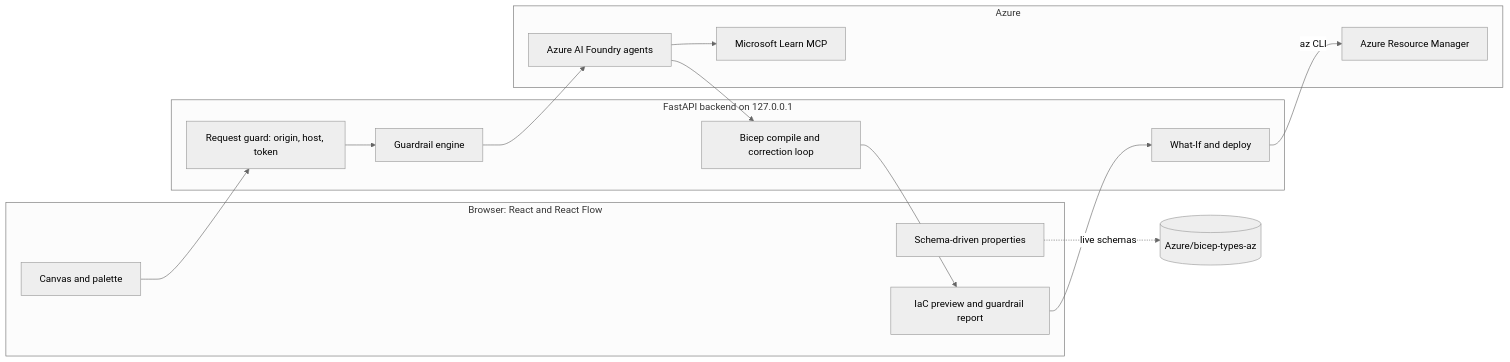
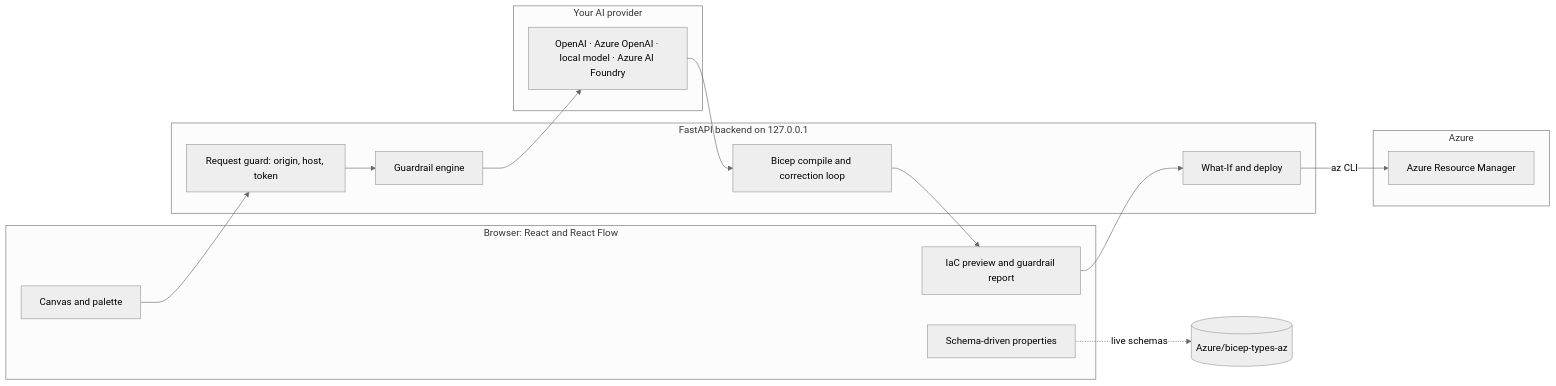
The diagram in README.md (mdmudassirahmed/liftoff), drawn with Mermaid (neutral theme) before and after one commit. The commit also changed other lines of this file and 21 other files, not shown here.

First line of the commit message:
Bring your own model: OpenAI, Azure OpenAI, local or Azure AI Foundry

````diff
--- a/README.md
+++ b/README.md
@@ -256,30 +252,31 @@
 ```mermaid
 flowchart LR
     subgraph Browser["Browser: React and React Flow"]
         Canvas[Canvas and palette]
         Props[Schema-driven properties]
         Preview[IaC preview and guardrail report]
     end
 
     subgraph API["FastAPI backend on 127.0.0.1"]
         Guard[Request guard: origin, host, token]
         Rails[Guardrail engine]
         Fix[Bicep compile and correction loop]
         Deploy[What-If and deploy]
     end
 
+    subgraph Model["Your AI provider"]
+        LLM[OpenAI · Azure OpenAI · local model · Azure AI Foundry]
+    end
+
     subgraph Azure
-        Foundry[Azure AI Foundry agents]
-        Learn[Microsoft Learn MCP]
         ARM[Azure Resource Manager]
     end
 
     BicepTypes[(Azure/bicep-types-az)]
 
     Canvas --> Guard
     Props -. live schemas .-> BicepTypes
-    Guard --> Rails --> Foundry
-    Foundry --> Learn
-    Foundry --> Fix --> Preview
+    Guard --> Rails --> LLM
+    LLM --> Fix --> Preview
     Preview --> Deploy -->|az CLI| ARM
 ```
````
